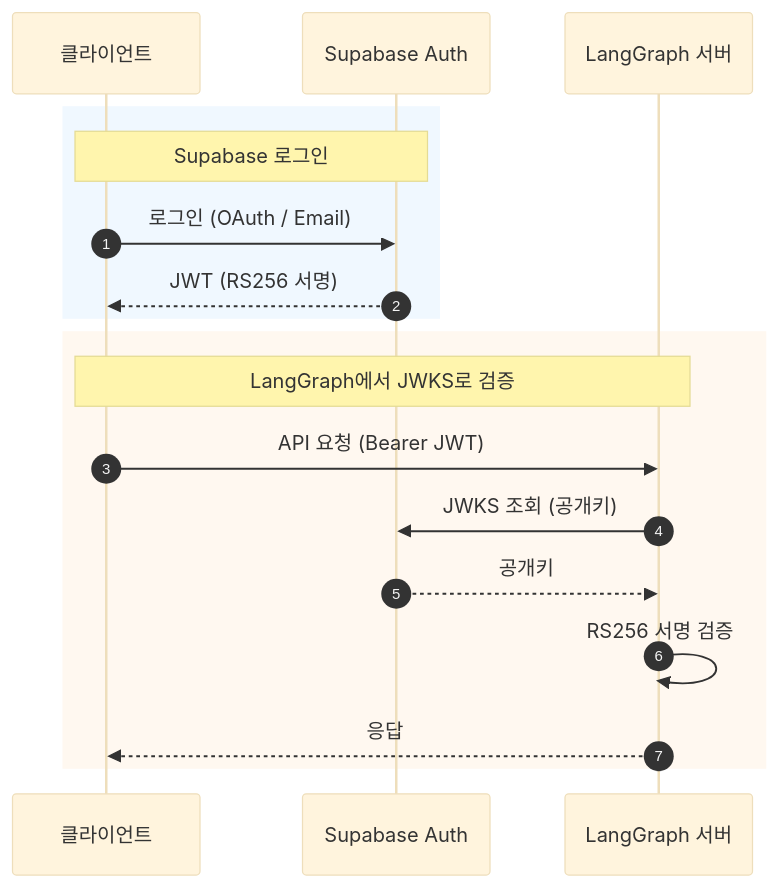
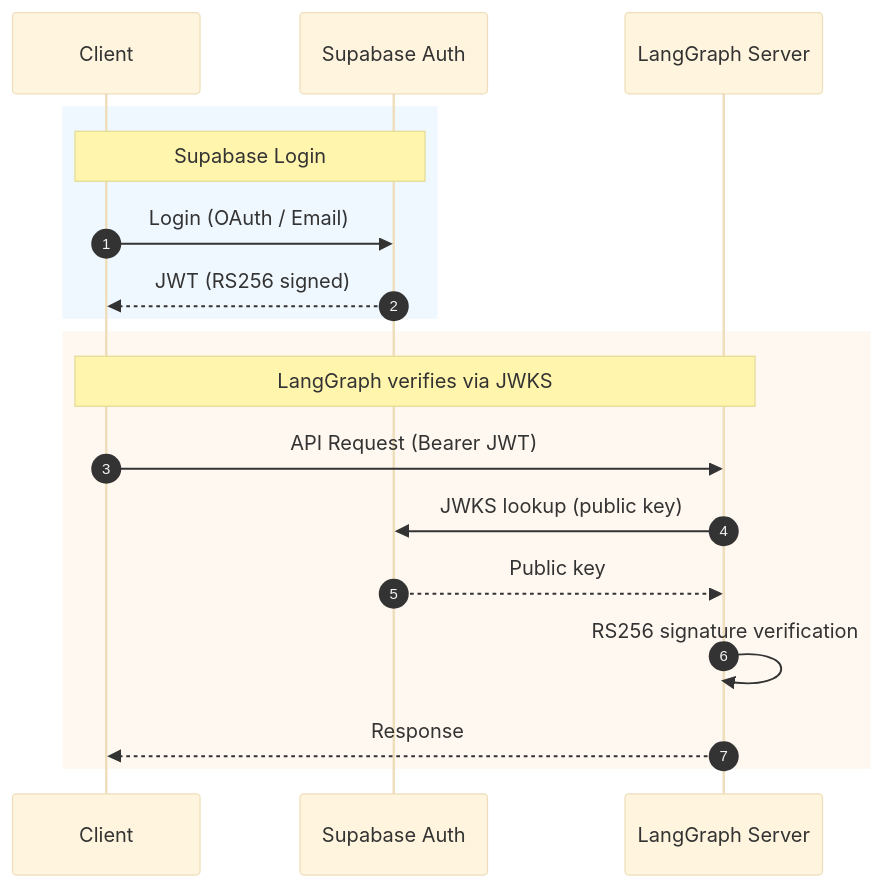
Before and after one commit to braincrew-lab/langgraph-chat-ui: the second of 2 diagrams in docs/05-STANDALONE.md, drawn with Mermaid (base theme). The commit also changed other lines of this file and 24 other files, not shown here.

````diff
--- a/docs/05-STANDALONE.md
+++ b/docs/05-STANDALONE.md
@@ -234,22 +234,22 @@
 ```mermaid
 sequenceDiagram
     autonumber
-    participant Client as 클라이언트
+    participant Client as Client
     participant Supabase as Supabase Auth
-    participant LangGraph as LangGraph 서버
+    participant LangGraph as LangGraph Server
 
     rect rgb(240, 248, 255)
-        Note over Client,Supabase: Supabase 로그인
-        Client->>Supabase: 로그인 (OAuth / Email)
-        Supabase-->>Client: JWT (RS256 서명)
+        Note over Client,Supabase: Supabase Login
+        Client->>Supabase: Login (OAuth / Email)
+        Supabase-->>Client: JWT (RS256 signed)
     end
 
     rect rgb(255, 248, 240)
-        Note over Client,LangGraph: LangGraph에서 JWKS로 검증
-        Client->>LangGraph: API 요청 (Bearer JWT)
-        LangGraph->>Supabase: JWKS 조회 (공개키)
-        Supabase-->>LangGraph: 공개키
-        LangGraph->>LangGraph: RS256 서명 검증
-        LangGraph-->>Client: 응답
+        Note over Client,LangGraph: LangGraph verifies via JWKS
+        Client->>LangGraph: API Request (Bearer JWT)
+        LangGraph->>Supabase: JWKS lookup (public key)
+        Supabase-->>LangGraph: Public key
+        LangGraph->>LangGraph: RS256 signature verification
+        LangGraph-->>Client: Response
     end
 ```
````
